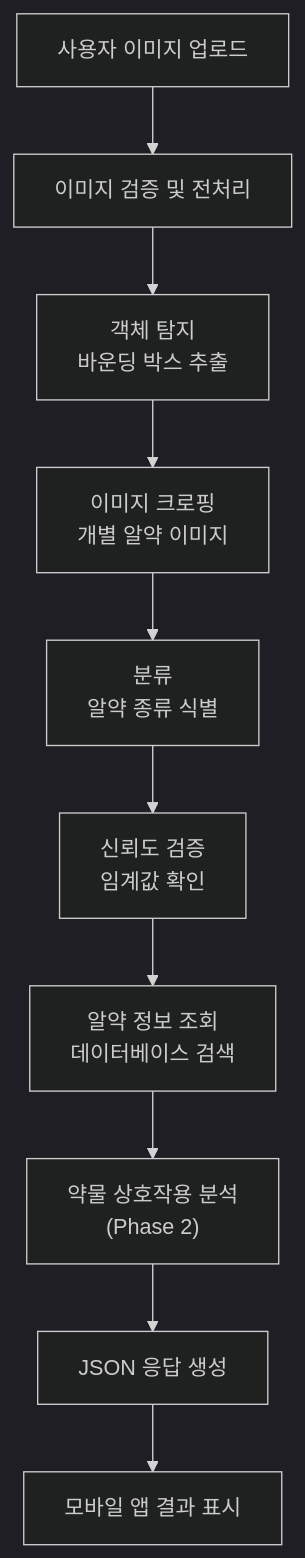
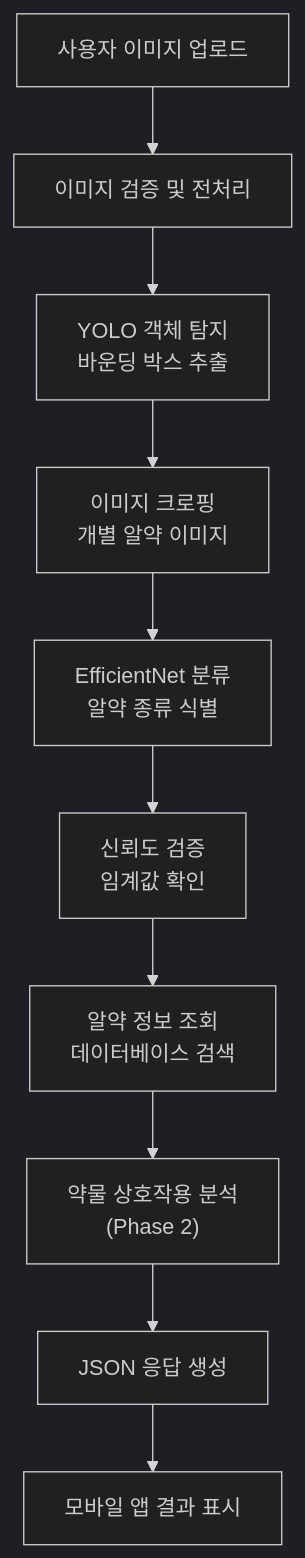
Before and after one commit to c0z0c/codeit_ai_health_eat: the third of 12 diagrams in docs/md/아키텍처설계_v2.md, drawn with Mermaid (dark theme). The commit also changed other lines of this file and 1 other file, not shown here.

````diff
--- a/docs/md/아키텍처설계_v2.md
+++ b/docs/md/아키텍처설계_v2.md
@@ -82,12 +82,12 @@
 ```mermaid
 flowchart TD
     A["사용자 이미지 업로드"] --> B["이미지 검증 및 전처리"]
-    B --> C["객체 탐지<br/>바운딩 박스 추출"]
+    B --> C["YOLO 객체 탐지<br/>바운딩 박스 추출"]
     C --> D["이미지 크로핑<br/>개별 알약 이미지"]
-    D --> E["분류<br/>알약 종류 식별"]
+    D --> E["EfficientNet 분류<br/>알약 종류 식별"]
     E --> F["신뢰도 검증<br/>임계값 확인"]
     F --> G["알약 정보 조회<br/>데이터베이스 검색"]
     G --> H["약물 상호작용 분석<br/>(Phase 2)"]
     H --> I["JSON 응답 생성"]
     I --> J["모바일 앱 결과 표시"]
 ```
````
